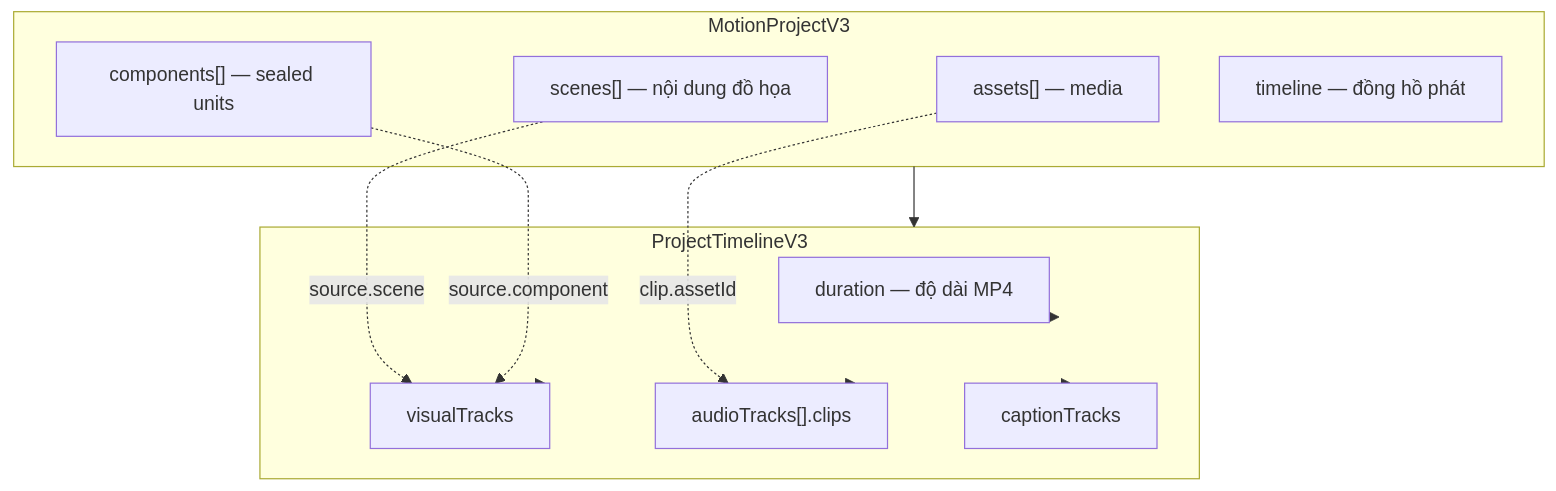
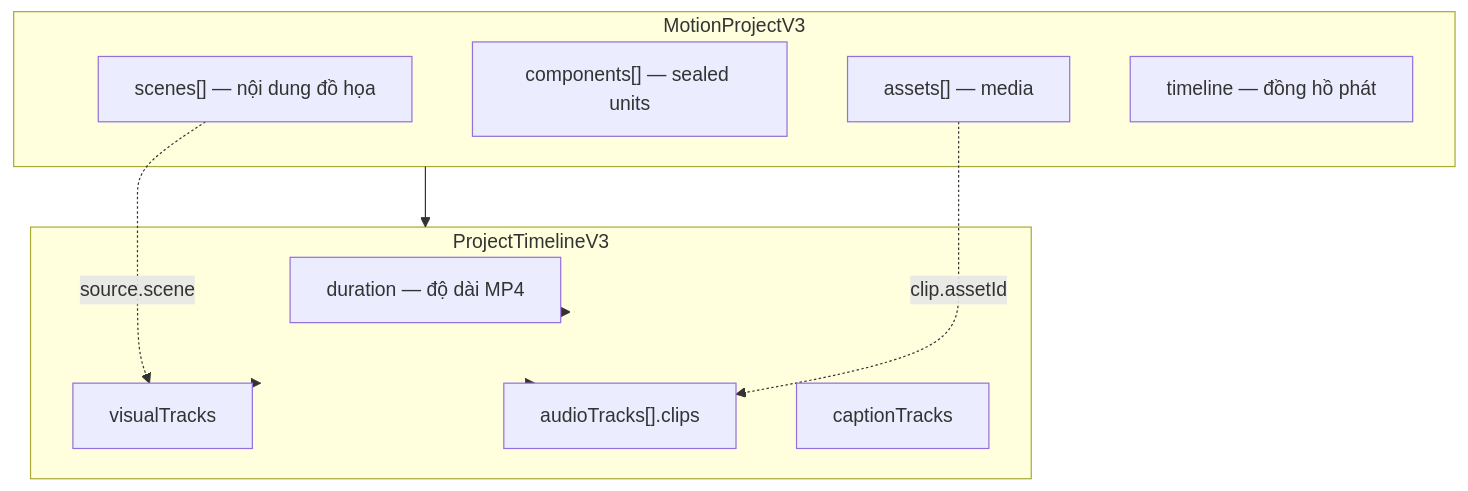
Before and after one commit to mankhb2k/neonix-native: the first of 3 diagrams in packages/motion-protocol/src/v3/timeline/README.md, drawn with Mermaid. The commit also changed other lines of this file and 19 other files, not shown here.

First line of the commit message:
Lock visual timeline to scene-only sources.

````diff
--- a/packages/motion-protocol/src/v3/timeline/README.md
+++ b/packages/motion-protocol/src/v3/timeline/README.md
@@ -21,25 +21,24 @@
 ```mermaid
 flowchart TB
     subgraph Project["MotionProjectV3"]
         scenes["scenes[] — nội dung đồ họa"]
         components["components[] — sealed units"]
         assets["assets[] — media"]
         timeline["timeline — đồng hồ phát"]
     end
 
     subgraph Timeline["ProjectTimelineV3"]
         duration["duration — độ dài MP4"]
         VT["visualTracks"]
         AT["audioTracks[].clips"]
         CT["captionTracks"]
     end
 
     scenes -.->|"source.scene"| VT
-    components -.->|"source.component"| VT
     assets -.->|"clip.assetId"| AT
     Project --> Timeline
     Timeline --> duration
     Timeline --> VT
     Timeline --> AT
     Timeline --> CT
 ```
````
